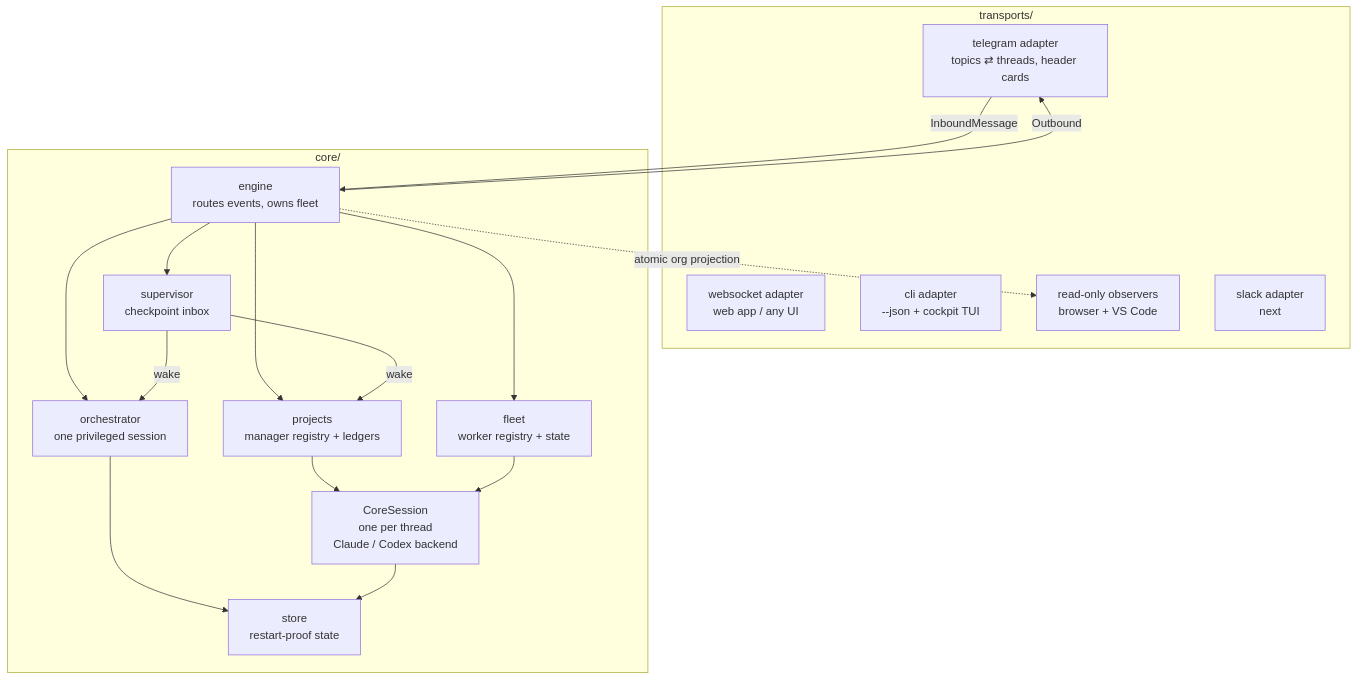
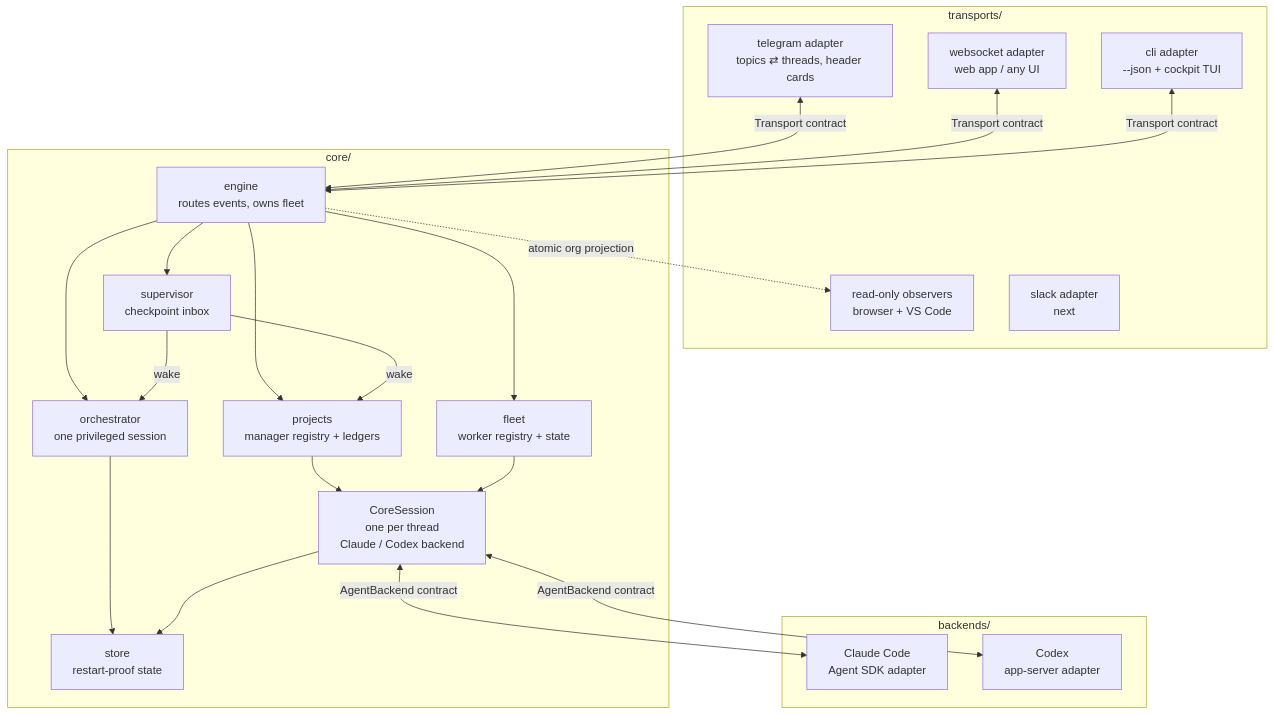
The first of 2 diagrams in docs/architecture.md (Dri-water/be-a-boss), drawn with Mermaid before and after one commit. The commit also changed other lines of this file and 1 other file, not shown here.

Commit message:
Clarify transport and backend architecture

````diff
--- a/docs/architecture.md
+++ b/docs/architecture.md
@@ -34,27 +37,34 @@
 ```mermaid
 flowchart TB
     subgraph transports/
         TG[telegram adapter<br/>topics ⇄ threads, header cards]
         WS[websocket adapter<br/>web app / any UI]
         CLI[cli adapter<br/>--json + cockpit TUI]
         OBS[read-only observers<br/>browser + VS Code]
         SLACK[slack adapter<br/>next]
     end
     subgraph core/
         ENG[engine<br/>routes events, owns fleet]
         ORC[orchestrator<br/>one privileged session]
         PROJECTS[projects<br/>manager registry + ledgers]
         FLEET[fleet<br/>worker registry + state]
         CS[CoreSession<br/>one per thread<br/>Claude / Codex backend]
         SUP[supervisor<br/>checkpoint inbox]
         ST[store<br/>restart-proof state]
     end
-    TG -- InboundMessage --> ENG
-    ENG -- Outbound --> TG
+    subgraph backends/
+        CLAUDE[Claude Code<br/>Agent SDK adapter]
+        CODEX[Codex<br/>app-server adapter]
+    end
+    TG <-->|Transport contract| ENG
+    WS <-->|Transport contract| ENG
+    CLI <-->|Transport contract| ENG
     ENG -. atomic org projection .-> OBS
     ENG --> ORC & PROJECTS & FLEET & SUP
     PROJECTS --> CS
     FLEET --> CS
     SUP -- wake --> PROJECTS & ORC
     ORC & CS --> ST
+    CS <-->|AgentBackend contract| CLAUDE
+    CS <-->|AgentBackend contract| CODEX
 ```
````
